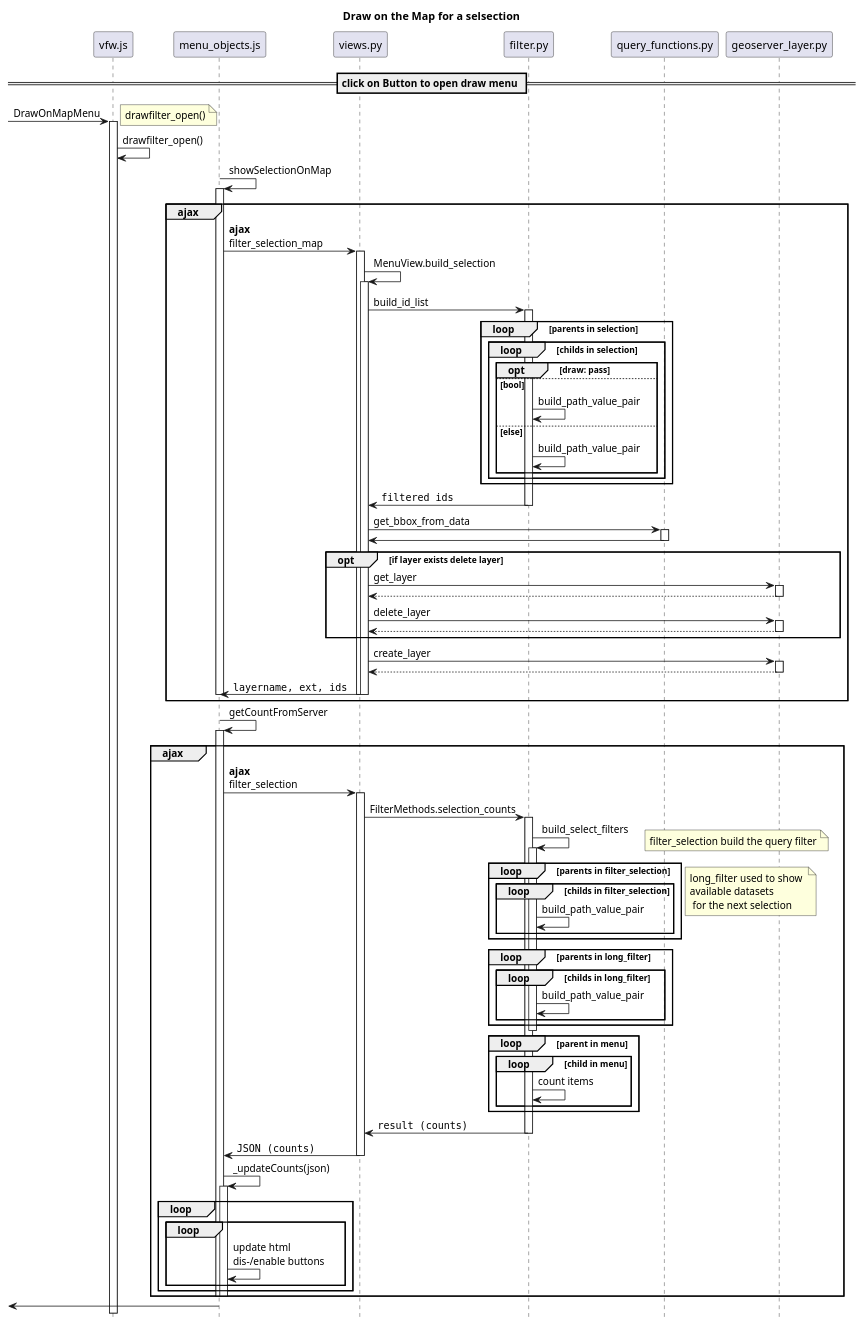
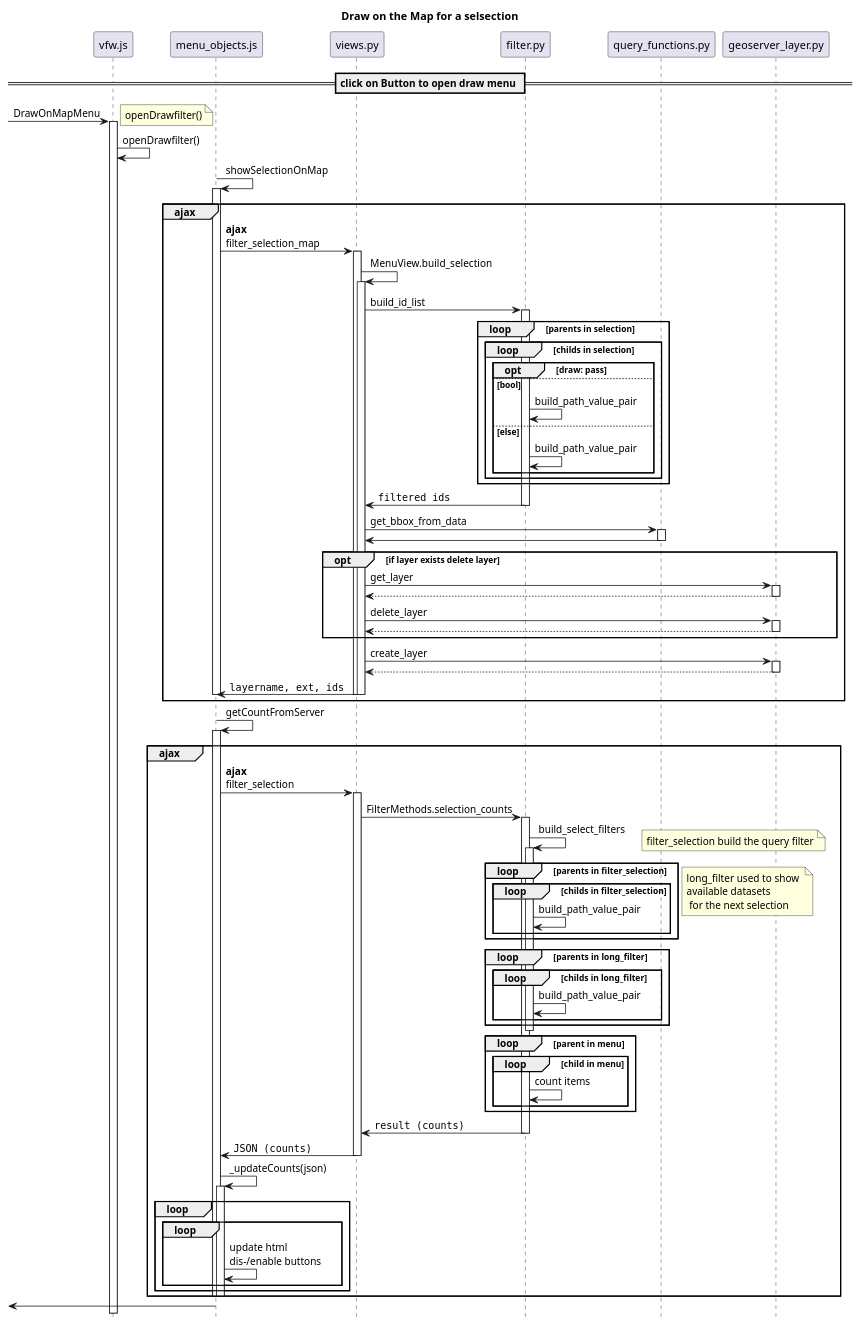
The diagram in diagrams/drawOnMapMenu.puml (VForWaTer/vforwater-portal), drawn with PlantUML before and after one commit. The commit also changed 12 other files, not shown here.

```diff
--- a/diagrams/drawOnMapMenu.puml
+++ b/diagrams/drawOnMapMenu.puml
@@ -1,90 +1,90 @@
 @startuml
 title Draw on the Map for a selsection
 
 hide footbox
 
 
 == click on Button to open draw menu ==
 [-> vfw.js ++: DrawOnMapMenu
-note left: drawfilter_open()
-vfw.js -> vfw.js: drawfilter_open()
+note left: openDrawfilter()
+vfw.js -> vfw.js: openDrawfilter()
 
 
 
 
 ' checkSiblings checks what is clicked
 menu_objects.js -> menu_objects.js ++: showSelectionOnMap
 group ajax
 menu_objects.js -> views.py ++: **ajax**\nfilter_selection_map
 views.py -> views.py ++: MenuView.build_selection
 views.py -> filter.py ++: build_id_list
 loop parents in selection
     loop childs in selection
         opt draw: pass
         else bool
             filter.py -> filter.py: build_path_value_pair
         else else
             filter.py -> filter.py: build_path_value_pair
         end
     end
 end
 views.py <- filter.py : ""filtered ids""
 deactivate filter.py
 views.py -> query_functions.py ++: get_bbox_from_data
 views.py <- query_functions.py --
 opt if layer exists delete layer
     views.py -> geoserver_layer.py ++: get_layer
     return
 
     views.py -> geoserver_layer.py ++: delete_layer
     return
 end
 views.py -> geoserver_layer.py ++: create_layer
 return
 menu_objects.js <- views.py --: ""layername, ext, ids""
 deactivate views.py
 deactivate menu_objects.js
 end
 
 menu_objects.js -> menu_objects.js ++: getCountFromServer
 group ajax
 menu_objects.js -> views.py ++: **ajax**\nfilter_selection
 views.py -> filter.py ++: FilterMethods.selection_counts
 filter.py -> filter.py ++: build_select_filters
 loop parents in filter_selection
 note right: filter_selection build the query filter
     loop childs in filter_selection
         filter.py -> filter.py: build_path_value_pair
     end
 end
 
 loop parents in long_filter
     loop childs in long_filter
 note left: long_filter used to show \navailable datasets\n for the next selection
         filter.py -> filter.py: build_path_value_pair
     end
 end
 deactivate filter.py
 
 loop parent in menu
     loop child in menu
         filter.py -> filter.py: count items
     end
 end
 views.py <- filter.py --: ""result (counts)""
 menu_objects.js <- views.py --: ""JSON (counts)""
 menu_objects.js -> menu_objects.js ++: _updateCounts(json)
 loop
     loop
         menu_objects.js -> menu_objects.js: update html \ndis-/enable buttons
     end
 end
 deactivate menu_objects.js
 deactivate menu_objects.js
 deactivate menu_objects.js
 end
 [<- menu_objects.js
 
 
 
 @enduml
```
